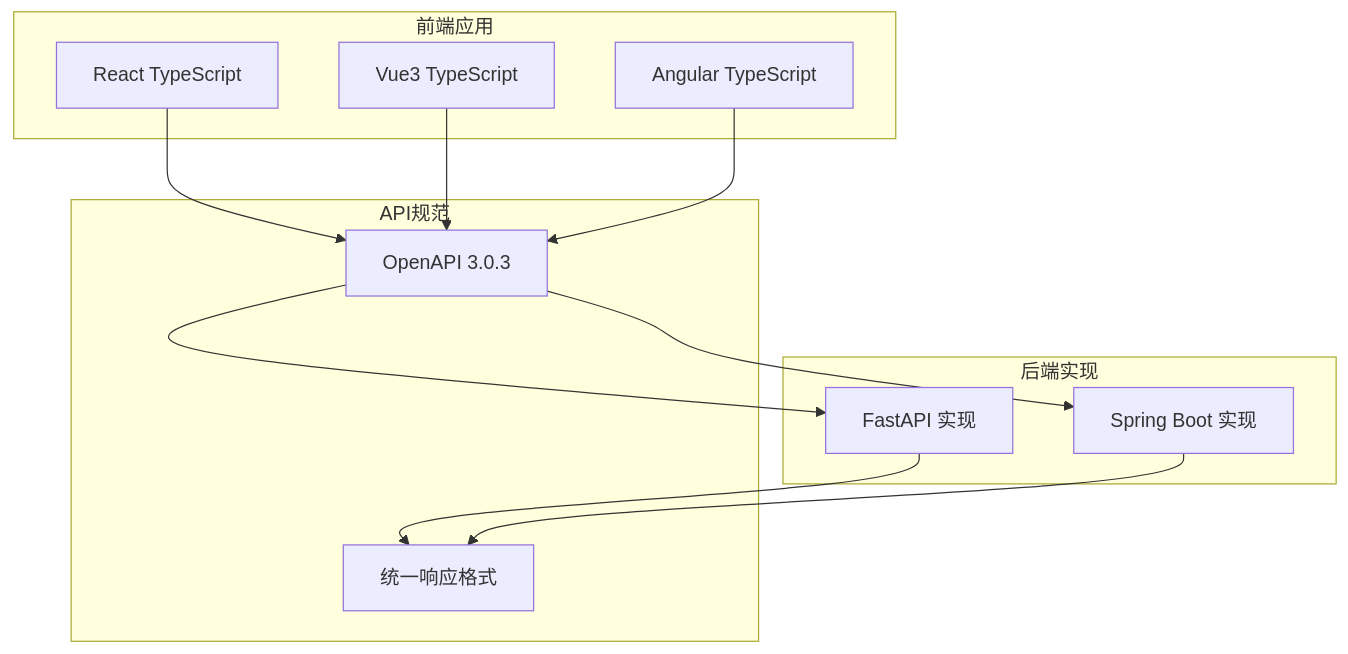
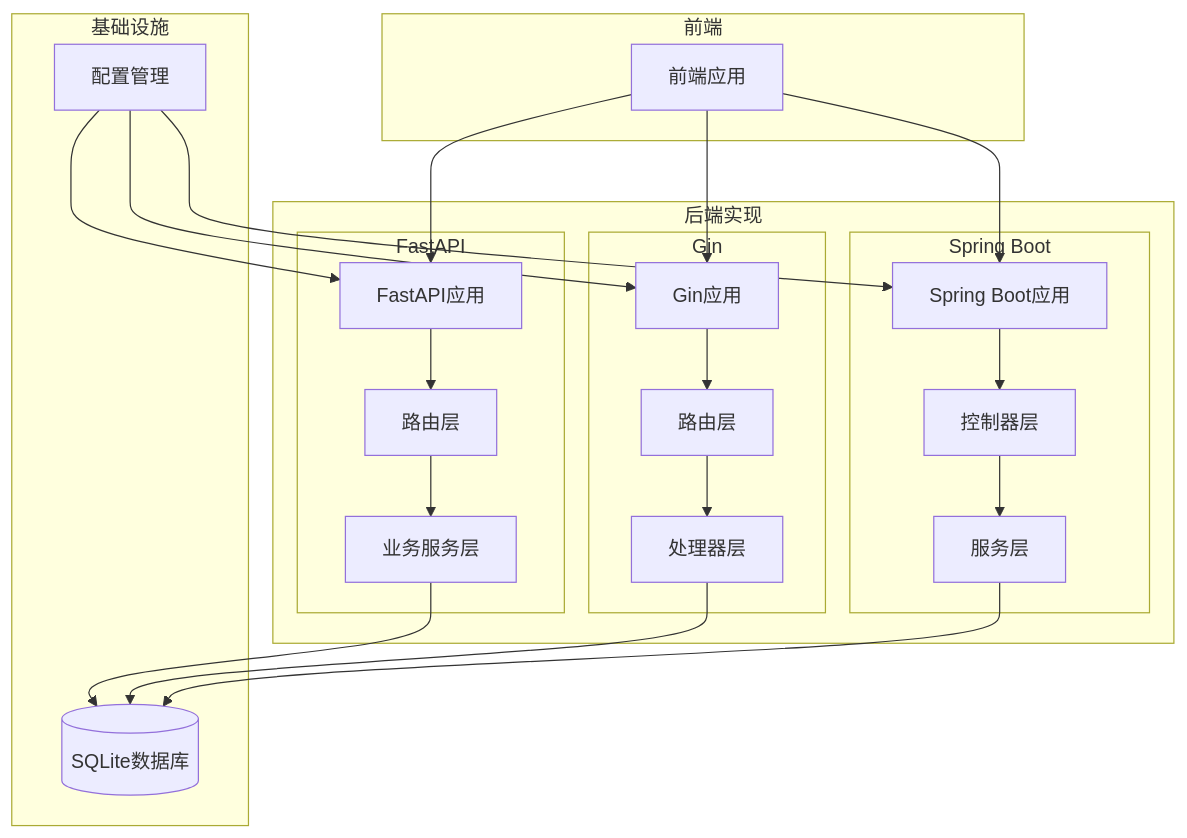
Before and after one commit to alexy2008/TimeCapsule: the first of 6 diagrams in .qoder/repowiki/zh/content/API接口文档/API接口文档.md, drawn with Mermaid. The commit also changed other lines of this file and 247 other files, not shown here.

````diff
--- a/.qoder/repowiki/zh/content/API接口文档/API接口文档.md
+++ b/.qoder/repowiki/zh/content/API接口文档/API接口文档.md
@@ -39,23 +42,42 @@
 ```mermaid
 graph TB
-subgraph "前端应用"
-React[React TypeScript]
-Vue3[Vue3 TypeScript]
-Angular[Angular TypeScript]
+subgraph "前端"
+FE[前端应用]
 end
 subgraph "后端实现"
-FastAPI[FastAPI 实现]
-SpringBoot[Spring Boot 实现]
+subgraph "FastAPI"
+FAPI[FastAPI应用]
+FRoutes[路由层]
+FSvc[业务服务层]
 end
-subgraph "API规范"
-OpenAPI[OpenAPI 3.0.3]
-Unified[统一响应格式]
+subgraph "Gin"
+GApp[Gin应用]
+GRoutes[路由层]
+GHandlers[处理器层]
 end
-React --> OpenAPI
-Vue3 --> OpenAPI
-Angular --> OpenAPI
-OpenAPI --> FastAPI
-OpenAPI --> SpringBoot
-FastAPI --> Unified
-SpringBoot --> Unified
+subgraph "Spring Boot"
+SBA[Spring Boot应用]
+SBControllers[控制器层]
+SBService[服务层]
+end
+end
+subgraph "基础设施"
+DB[(SQLite数据库)]
+Config[配置管理]
+end
+FE --> FAPI
+FE --> GApp
+FE --> SBA
+FAPI --> FRoutes
+FRoutes --> FSvc
+FSvc --> DB
+GApp --> GRoutes
+GRoutes --> GHandlers
+GHandlers --> DB
+SBA --> SBControllers
+SBControllers --> SBService
+SBService --> DB
+Config --> FAPI
+Config --> GApp
+Config --> SBA
 ```
````
